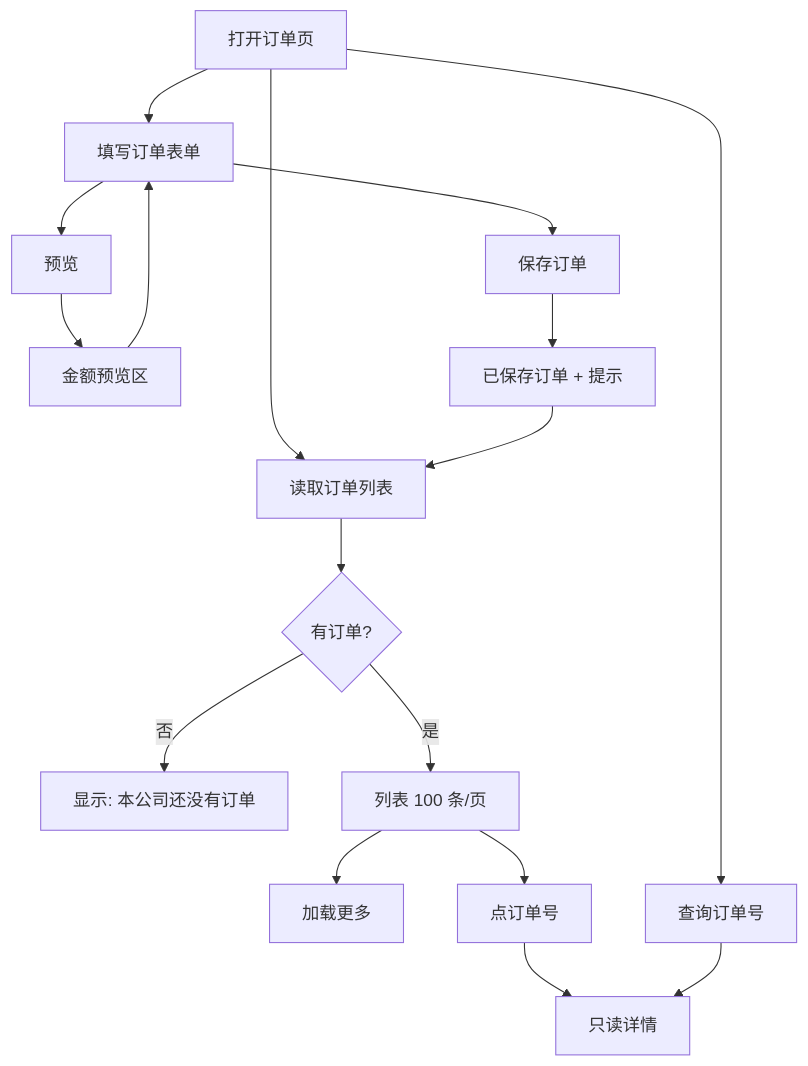
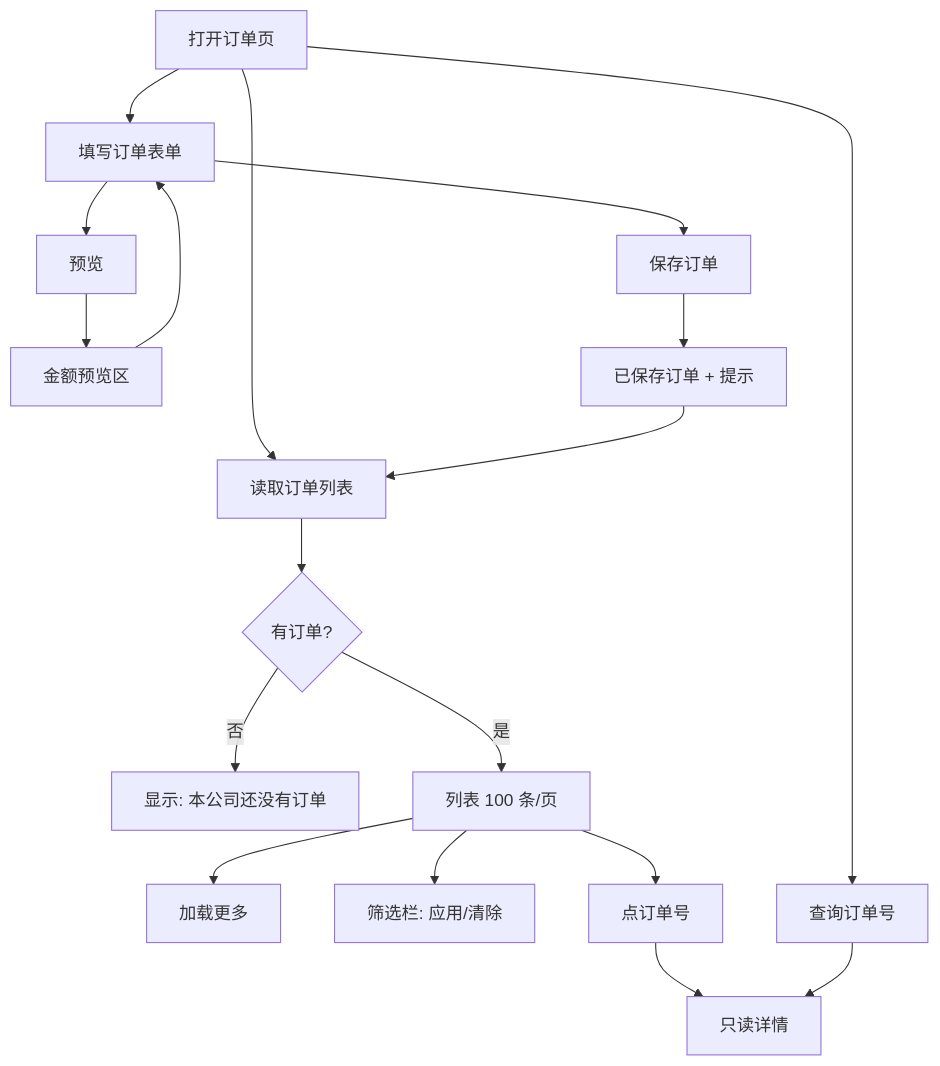
The first of 4 diagrams in docs/flows/trade-order-flow.md (lingshf/ai-native-erp), drawn with Mermaid before and after one commit. The commit also changed other lines of this file and 8 other files, not shown here.

Commit message:
docs: v0.7.0 发布候选（CHANGELOG、Release 说明、用户文档、流程图同步）

````diff
--- a/docs/flows/trade-order-flow.md
+++ b/docs/flows/trade-order-flow.md
@@ -7,19 +7,20 @@
 ```mermaid
 flowchart TD
   A[打开订单页] --> B[读取订单列表]
   B --> C{有订单?}
   C -- 否 --> D[显示: 本公司还没有订单]
   C -- 是 --> E[列表 100 条/页]
   E --> F[加载更多]
+  E --> P[筛选栏: 应用/清除]
   A --> G[填写订单表单]
   G --> H[预览]
   H --> I[金额预览区]
   I --> G
   G --> J[保存订单]
   J --> K[已保存订单 + 提示]
   K --> B
   E --> L[点订单号]
   L --> M[只读详情]
   A --> N[查询订单号]
   N --> M
 ```
````
